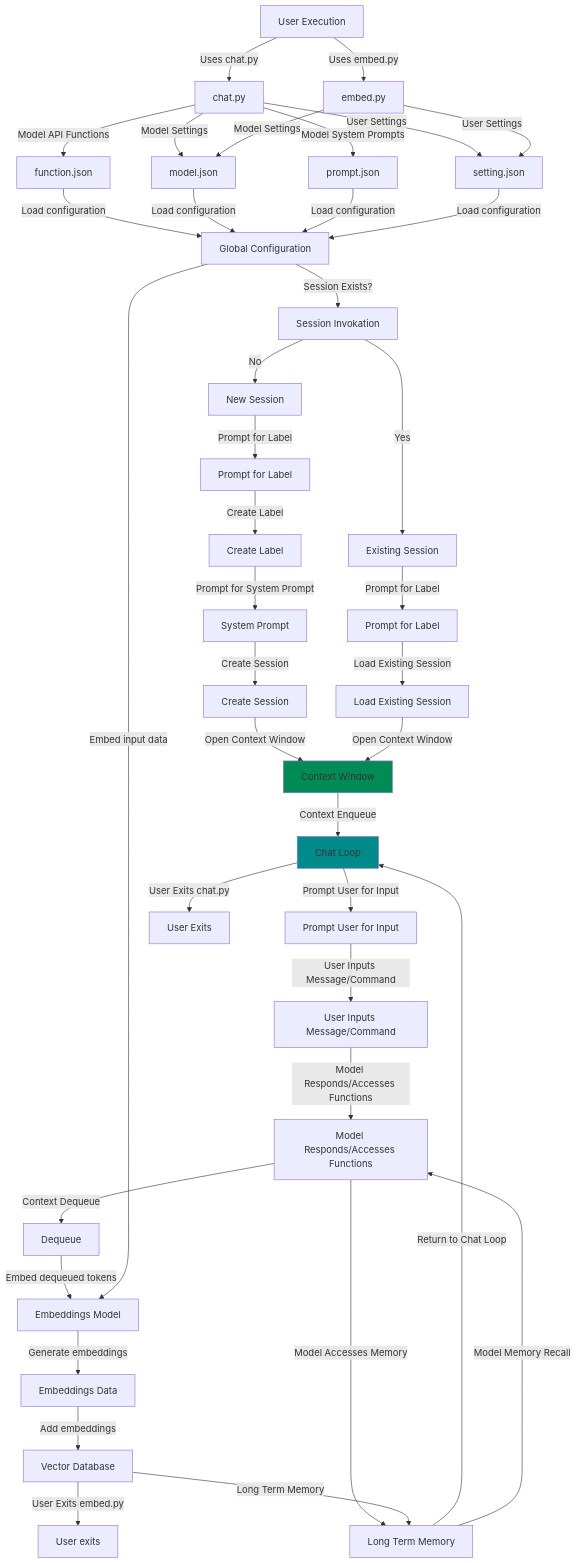
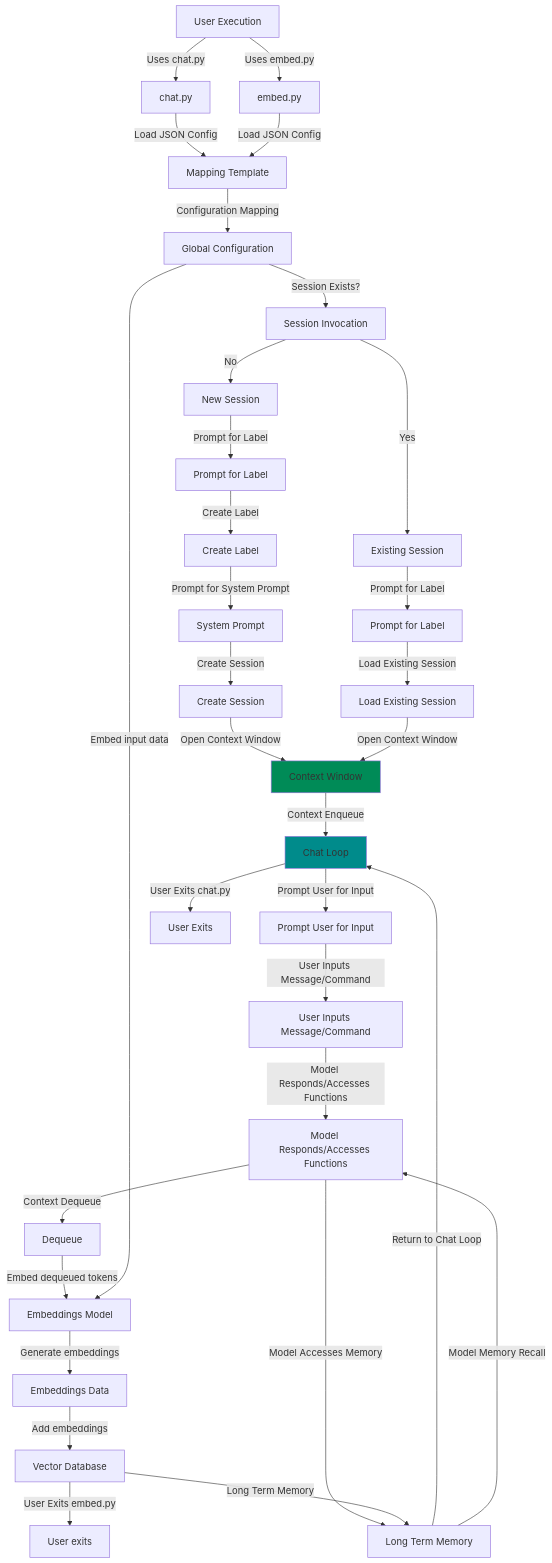
One commit to teleprint-me/py.gpt.prompt changed the diagram in docs/mermaid/overview.mmd. Above: the diagram before and after it, drawn with Mermaid.

Commit message:
refactor: Substitute JSON outline with Template

```diff
--- a/docs/mermaid/overview.mmd
+++ b/docs/mermaid/overview.mmd
@@ -1,41 +1,34 @@
 graph TB
   userExec["User Execution"] -- "Uses chat.py" --> chatPy["chat.py"]
   userExec -- "Uses embed.py" --> embedPy["embed.py"]
-  chatPy -- "Model API Functions" --> functionJson["function.json"]
-  chatPy -- "Model Settings" --> modelJson["model.json"]
-  chatPy -- "Model System Prompts" --> promptJson["prompt.json"]
-  chatPy -- "User Settings" --> settingJson["setting.json"]
-  functionJson -- "Load configuration" --> globalConfig[Global Configuration]
-  modelJson -- "Load configuration" --> globalConfig
-  promptJson -- "Load configuration" --> globalConfig
-  settingJson -- "Load configuration" --> globalConfig
-  globalConfig -- "Session Exists?" --> sessionInvokation[Session Invokation]
+  chatPy -- "Load JSON Config" --> settingJson["Mapping Template"]
+  embedPy -- "Load JSON Config" --> settingJson
+  settingJson -- "Configuration Mapping" --> globalConfig[Global Configuration]
+  globalConfig -- "Session Exists?" --> sessionInvokation[Session Invocation]
   sessionInvokation -- "No" --> newSession[New Session]
   newSession -- "Prompt for Label" --> promptLabel[Prompt for Label]
   promptLabel -- "Create Label" --> createLabel[Create Label]
   createLabel -- "Prompt for System Prompt" --> systemPrompt[System Prompt]
   systemPrompt -- "Create Session" --> createSession[Create Session]
   createSession -- "Open Context Window" --> contextWindow[Context Window]
   contextWindow -- "Context Enqueue" --> chatLoop[Chat Loop]
   chatLoop -- "Prompt User for Input" --> promptInput[Prompt User for Input]
   promptInput -- "User Inputs Message/Command" --> userInputMsgCmd[User Inputs Message/Command]
   userInputMsgCmd -- "Model Responds/Accesses Functions" --> modelResponds[Model Responds/Accesses Functions]
   modelResponds -- "Context Dequeue" --> dequeue[Dequeue]
   modelResponds -- "Model Accesses Memory" --> longTermMemory[Long Term Memory]
   dequeue -- "Embed dequeued tokens" --> embeddingsModel[Embeddings Model]
   embeddingsModel -- "Generate embeddings" --> embeddingsData[Embeddings Data]
   embeddingsData -- "Add embeddings" --> vectorDb[Vector Database]
   vectorDb -- "User Exits embed.py" --> userExitEmbed[User exits]
   vectorDb -- "Long Term Memory" --> longTermMemory
   longTermMemory -- "Return to Chat Loop" --> chatLoop
   longTermMemory -- "Model Memory Recall" --> modelResponds
   chatLoop -- "User Exits chat.py" --> userExit[User Exits]
   sessionInvokation -- "Yes" --> existingSession[Existing Session]
   existingSession -- "Prompt for Label" --> promptLabel2[Prompt for Label]
   promptLabel2 -- "Load Existing Session" --> loadExistingSession[Load Existing Session]
   loadExistingSession -- "Open Context Window" --> contextWindow
-  embedPy -- "Model Settings" --> modelJson
-  embedPy -- "User Settings" --> settingJson
   globalConfig -- "Embed input data" --> embeddingsModel
   style contextWindow fill:#008B57
   style chatLoop fill:#008B8B
```
